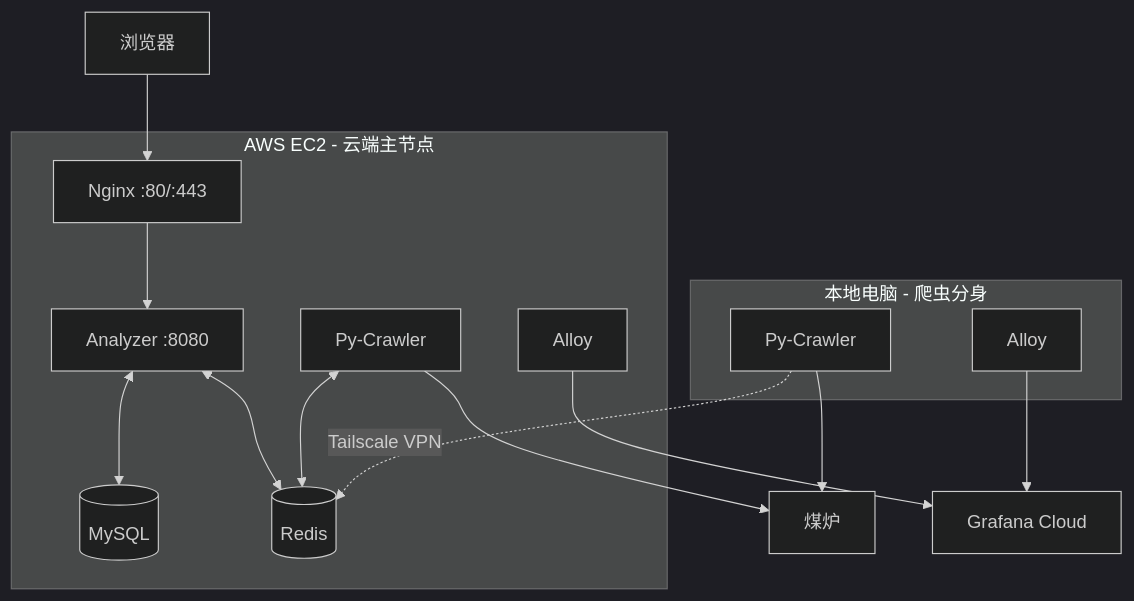
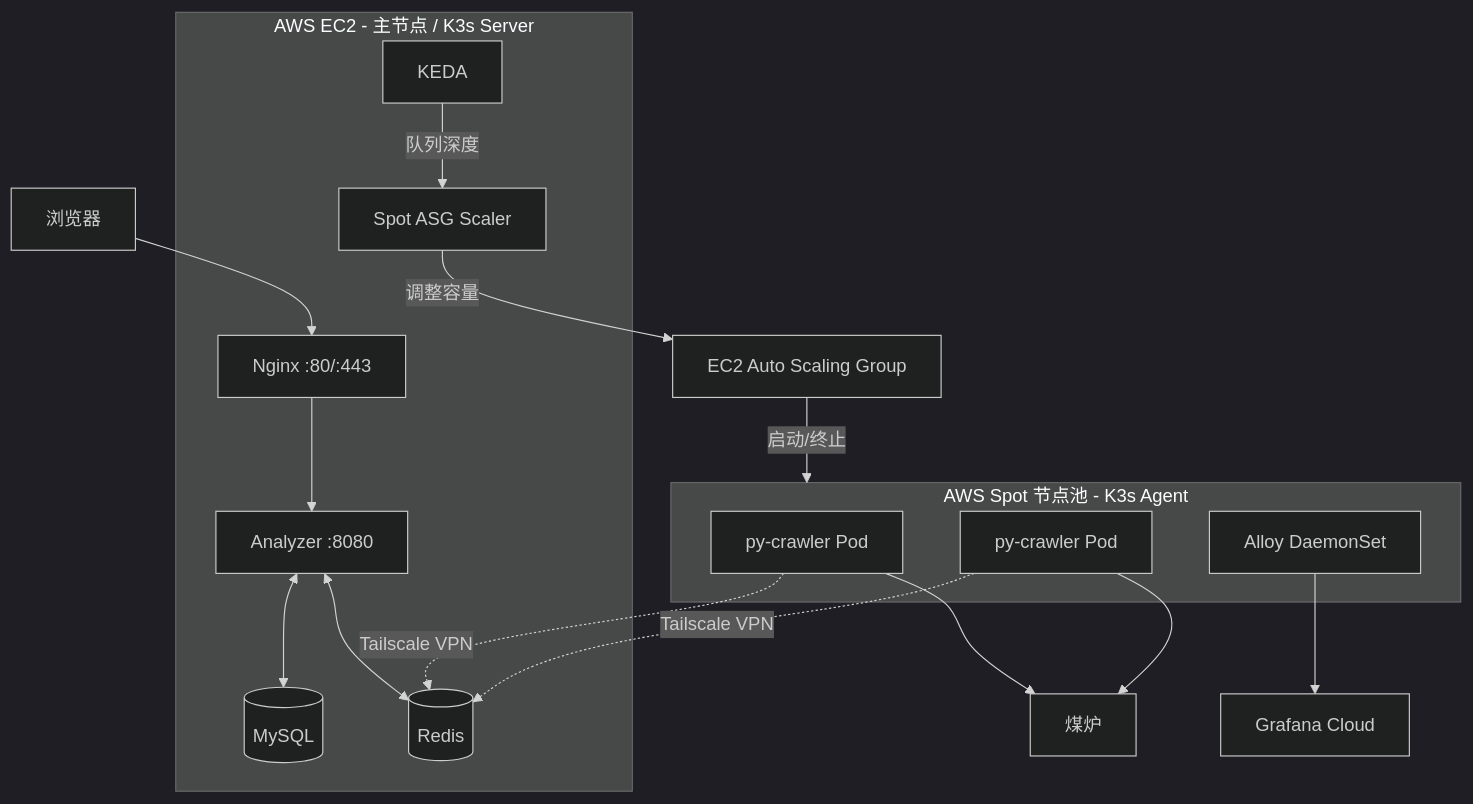
Before and after one commit to KahanaT800/animehot: the first of 2 diagrams in README.md, drawn with Mermaid (dark theme). The commit also changed other lines of this file and 7 other files, not shown here.

````diff
--- a/README.md
+++ b/README.md
@@ -65,34 +68,37 @@
 ```mermaid
 graph TB
     CLIENT[浏览器]
 
-    subgraph EC2[AWS EC2 - 云端主节点]
+    subgraph EC2[AWS EC2 - 主节点 / K3s Server]
         NGINX[Nginx :80/:443]
         ANALYZER[Analyzer :8080]
-        CRAWLER1[Py-Crawler]
         MYSQL[(MySQL)]
         REDIS[(Redis)]
-        ALLOY1[Alloy]
+        KEDA[KEDA]
+        SCALER[Spot ASG Scaler]
     end
 
-    subgraph LOCAL[本地电脑 - 爬虫分身]
-        CRAWLER2[Py-Crawler]
-        ALLOY2[Alloy]
+    subgraph SPOT[AWS Spot 节点池 - K3s Agent]
+        CRAWLER1[py-crawler Pod]
+        CRAWLER2[py-crawler Pod]
+        ALLOY[Alloy DaemonSet]
     end
 
     MERCARI[煤炉]
     GRAFANA[Grafana Cloud]
+    ASG[EC2 Auto Scaling Group]
 
     CLIENT --> NGINX
     NGINX --> ANALYZER
     ANALYZER <--> MYSQL
     ANALYZER <--> REDIS
-    CRAWLER1 <--> REDIS
-    CRAWLER1 --> MERCARI
 
-    CRAWLER2 -.->|Tailscale VPN| REDIS
-    CRAWLER2 --> MERCARI
+    KEDA -->|队列深度| SCALER
+    SCALER -->|调整容量| ASG
+    ASG -->|启动/终止| SPOT
 
-    ALLOY1 --> GRAFANA
-    ALLOY2 --> GRAFANA
+    CRAWLER1 & CRAWLER2 -.->|Tailscale VPN| REDIS
+    CRAWLER1 & CRAWLER2 --> MERCARI
+
+    ALLOY --> GRAFANA
 ```
````
